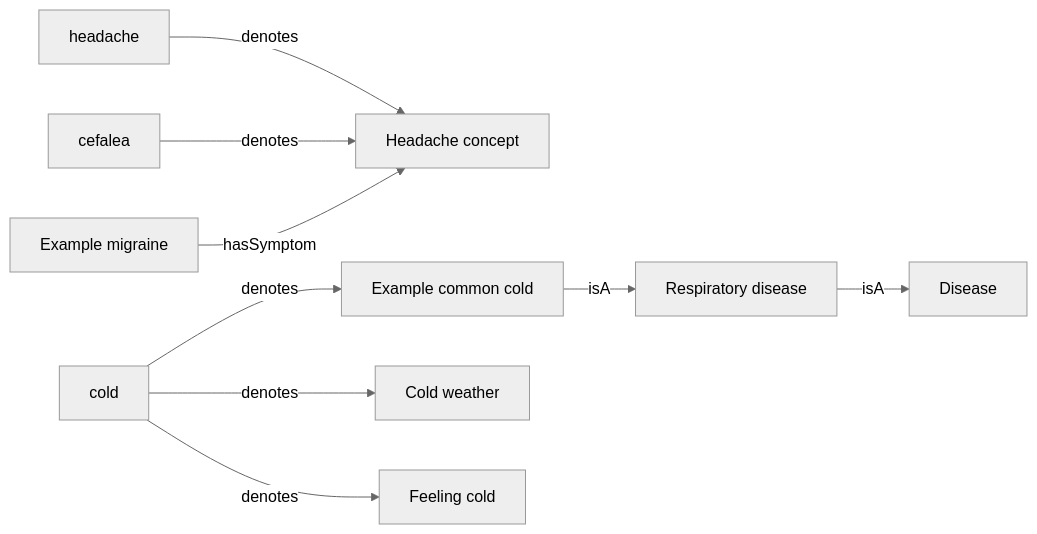
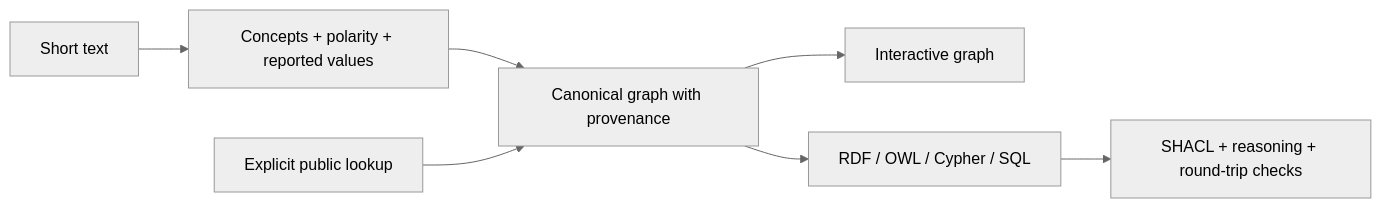
The diagram in README.md (beabustor/knowledge_engineer), drawn with Mermaid (neutral theme) before and after one commit. The commit also changed other lines of this file and 46 other files, not shown here.

````diff
--- a/README.md
+++ b/README.md
@@ -53,11 +85,9 @@
 ```mermaid
-graph LR
-  A[headache] -->|denotes| C[Headache concept]
-  B[cefalea] -->|denotes| C
-  M[Example migraine] -->|hasSymptom| C
-  R[Example common cold] -->|isA| E[Respiratory disease]
-  E -->|isA| D[Disease]
-  F[cold] -->|denotes| T[Cold weather]
-  F -->|denotes| S[Feeling cold]
-  F -->|denotes| R
+flowchart LR
+ A[Short text] --> B[Concepts + polarity + reported values]
+ B --> C[Canonical graph with provenance]
+ C --> D[Interactive graph]
+ C --> E[RDF / OWL / Cypher / SQL]
+ F[Explicit public lookup] --> C
+ E --> G[SHACL + reasoning + round-trip checks]
 ```
````
